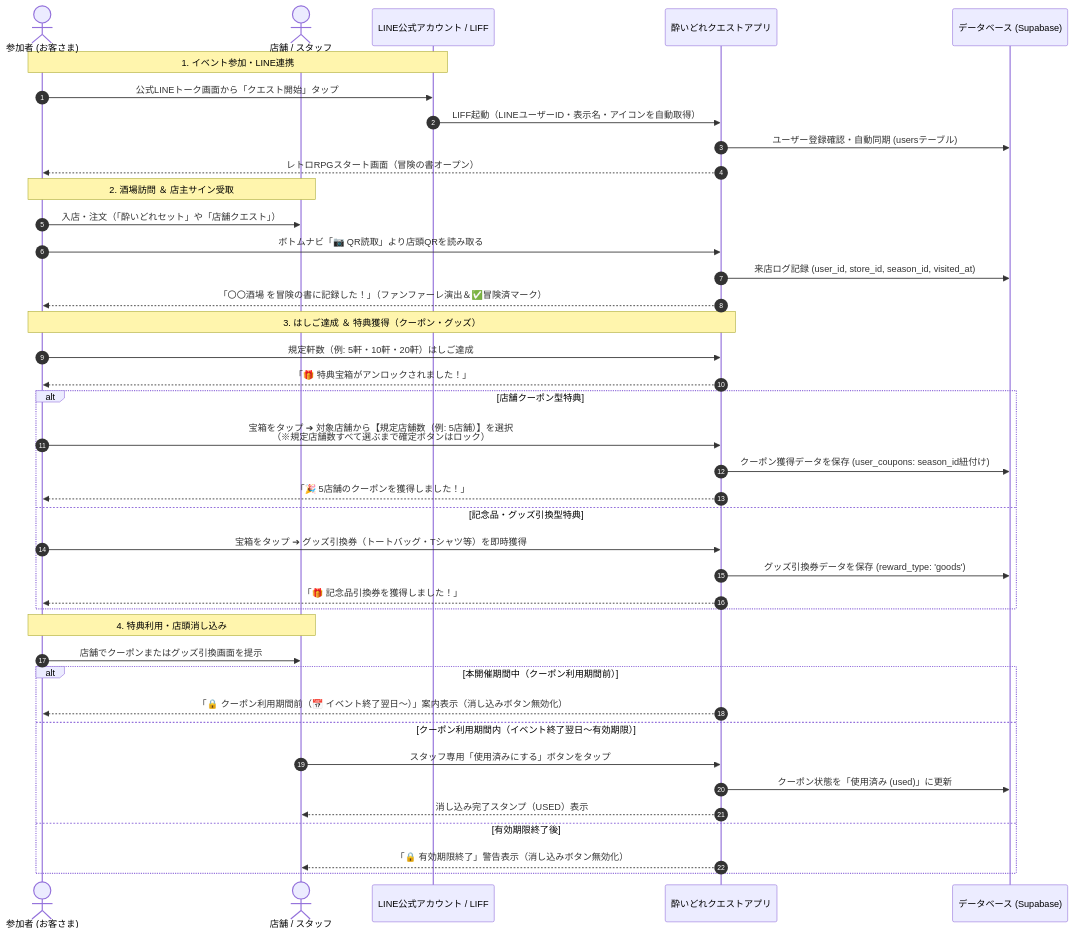
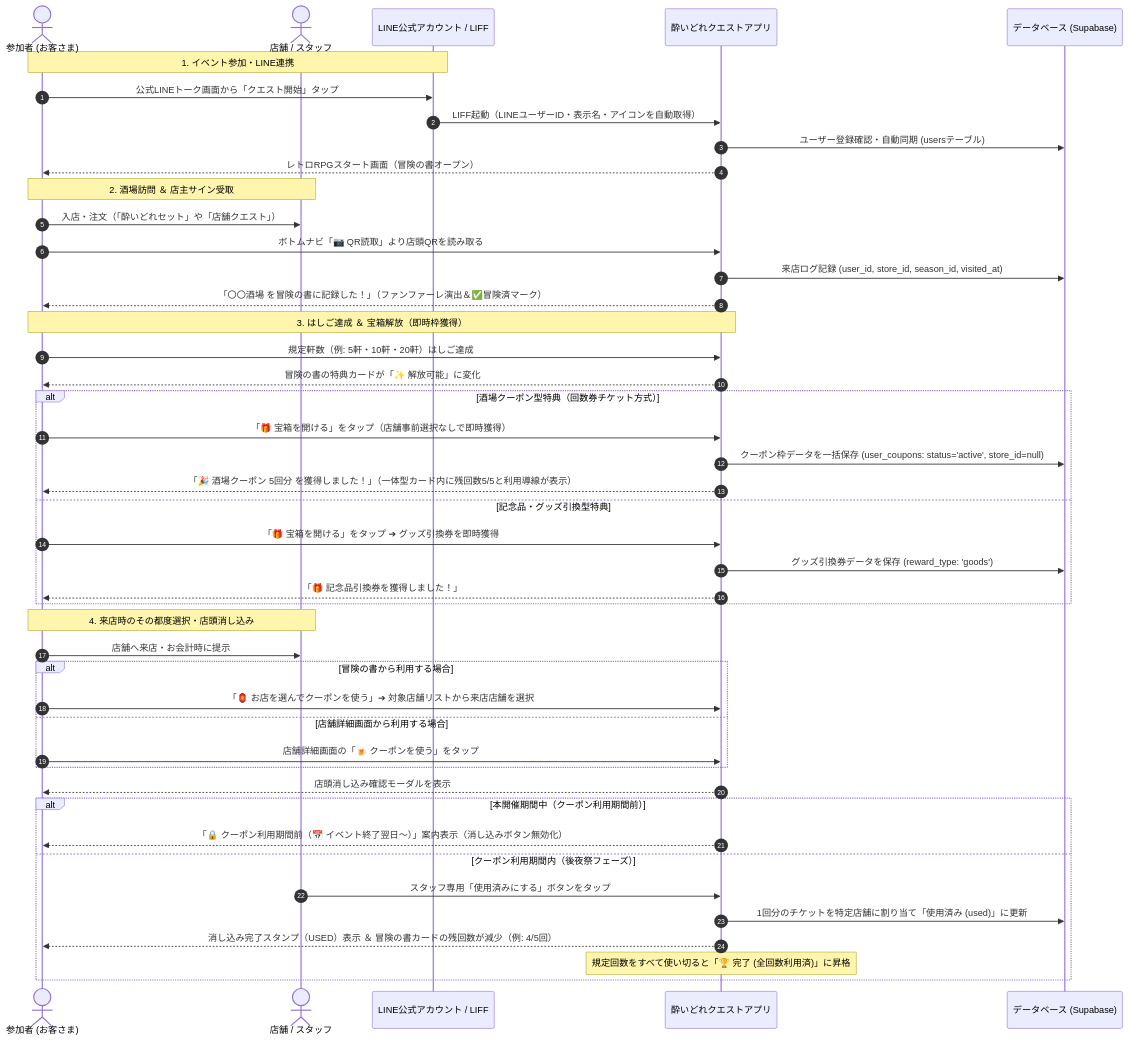
One commit to taishoyoidore-ui/yoidore-quest2 changed the second of 5 diagrams in SPECIFICATION.md. Above: the diagram before and after it, drawn with Mermaid. The commit also changed other lines of this file and 7 other files, not shown here.

````diff
--- a/SPECIFICATION.md
+++ b/SPECIFICATION.md
@@ -69,46 +69,51 @@
 ```mermaid
 sequenceDiagram
     autonumber
     actor User as 参加者 (お客さま)
     actor Shop as 店舗 / スタッフ
     participant LINE as LINE公式アカウント / LIFF
     participant App as 酔いどれクエストアプリ
     participant DB as データベース (Supabase)
 
     Note over User, LINE: 1. イベント参加・LINE連携
     User->>LINE: 公式LINEトーク画面から「クエスト開始」タップ
     LINE->>App: LIFF起動（LINEユーザーID・表示名・アイコンを自動取得）
     App->>DB: ユーザー登録確認・自動同期 (usersテーブル)
     App-->>User: レトロRPGスタート画面（冒険の書オープン）
 
     Note over User, Shop: 2. 酒場訪問 ＆ 店主サイン受取
     User->>Shop: 入店・注文（「酔いどれセット」や「店舗クエスト」）
     User->>App: ボトムナビ「📷 QR読取」より店頭QRを読み取る
     App->>DB: 来店ログ記録 (user_id, store_id, season_id, visited_at)
     App-->>User: 「〇〇酒場 を冒険の書に記録した！」（ファンファーレ演出＆✅冒険済マーク）
 
-    Note over User, App: 3. はしご達成 ＆ 特典獲得（クーポン・グッズ）
+    Note over User, App: 3. はしご達成 ＆ 宝箱解放（即時枠獲得）
     User->>App: 規定軒数（例: 5軒・10軒・20軒）はしご達成
-    App-->>User: 「🎁 特典宝箱がアンロックされました！」
-    alt 店舗クーポン型特典
-        User->>App: 宝箱をタップ ➔ 対象店舗から【規定店舗数（例: 5店舗）】を選択<br/>（※規定店舗数すべて選ぶまで確定ボタンはロック）
-        App->>DB: クーポン獲得データを保存 (user_coupons: season_id紐付け)
-        App-->>User: 「🎉 5店舗のクーポンを獲得しました！」
+    App-->>User: 冒険の書の特典カードが「✨ 解放可能」に変化
+    alt 酒場クーポン型特典（回数券チケット方式）
+        User->>App: 「🎁 宝箱を開ける」をタップ（店舗事前選択なしで即時獲得）
+        App->>DB: クーポン枠データを一括保存 (user_coupons: status='active', store_id=null)
+        App-->>User: 「🎉 酒場クーポン 5回分 を獲得しました！」（一体型カード内に残回数5/5と利用導線が表示）
     else 記念品・グッズ引換型特典
-        User->>App: 宝箱をタップ ➔ グッズ引換券（トートバッグ・Tシャツ等）を即時獲得
+        User->>App: 「🎁 宝箱を開ける」をタップ ➔ グッズ引換券を即時獲得
         App->>DB: グッズ引換券データを保存 (reward_type: 'goods')
         App-->>User: 「🎁 記念品引換券を獲得しました！」
     end
 
-    Note over User, Shop: 4. 特典利用・店頭消し込み
-    User->>Shop: 店舗でクーポンまたはグッズ引換画面を提示
+    Note over User, Shop: 4. 来店時のその都度選択・店頭消し込み
+    User->>Shop: 店舗へ来店・お会計時に提示
+    alt 冒険の書から利用する場合
+        User->>App: 「🏮 お店を選んでクーポンを使う」➔ 対象店舗リストから来店店舗を選択
+    else 店舗詳細画面から利用する場合
+        User->>App: 店舗詳細画面の「🍺 クーポンを使う」をタップ
+    end
+    App-->>User: 店頭消し込み確認モーダルを表示
     alt 本開催期間中（クーポン利用期間前）
         App-->>User: 「🔒 クーポン利用期間前（📅 イベント終了翌日〜）」案内表示（消し込みボタン無効化）
-    else クーポン利用期間内（イベント終了翌日〜有効期限）
+    else クーポン利用期間内（後夜祭フェーズ）
         Shop->>App: スタッフ専用「使用済みにする」ボタンをタップ
-        App->>DB: クーポン状態を「使用済み (used)」に更新
-        App-->>Shop: 消し込み完了スタンプ（USED）表示
-    else 有効期限終了後
-        App-->>Shop: 「🔒 有効期限終了」警告表示（消し込みボタン無効化）
+        App->>DB: 1回分のチケットを特定店舗に割り当て「使用済み (used)」に更新
+        App-->>User: 消し込み完了スタンプ（USED）表示 ＆ 冒険の書カードの残回数が減少（例: 4/5回）
+        Note over App: 規定回数をすべて使い切ると「🏆 完了 (全回数利用済)」に昇格
     end
 ```
````
